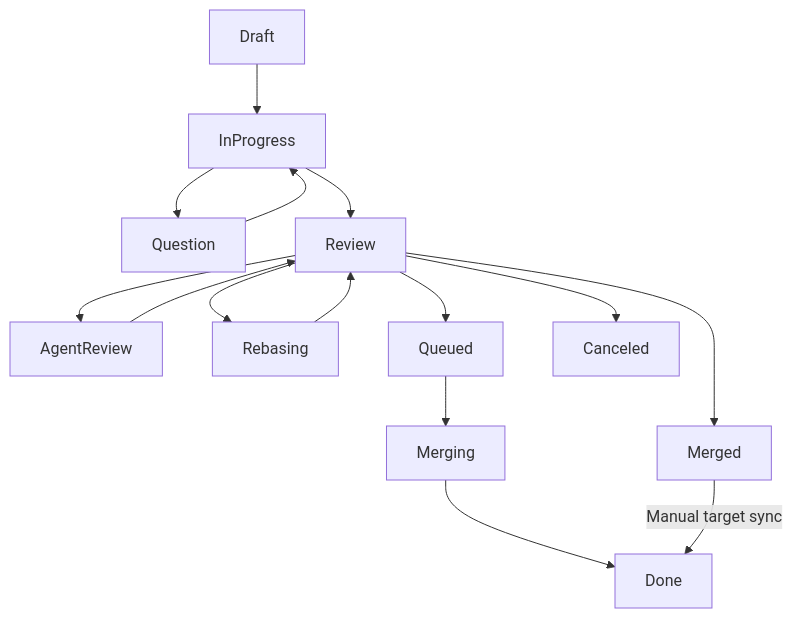
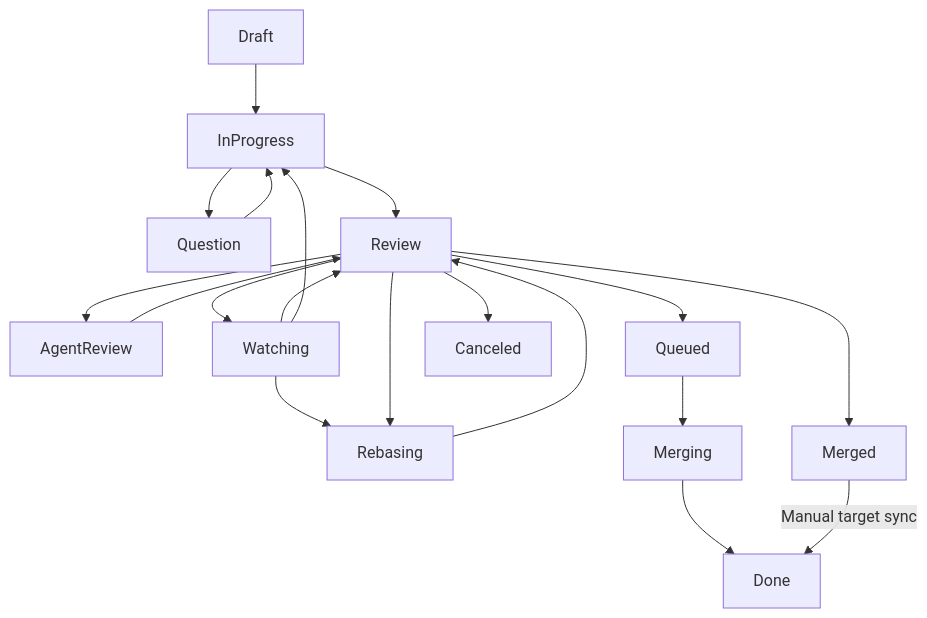
One commit to agentty-xyz/agentty changed the diagram in docs/site/content/docs/usage/workflow.md. Above: the diagram before and after it, drawn with Mermaid. The commit also changed other lines of this file and 91 other files, not shown here.

Commit message:
Add Watching status for automatic review request follow-up (#1057)

````diff
--- a/docs/site/content/docs/usage/workflow.md
+++ b/docs/site/content/docs/usage/workflow.md
@@ -242,17 +243,21 @@
 ```mermaid
 flowchart TD
   Draft --> InProgress
   InProgress --> Question
   Question --> InProgress
   InProgress --> Review
   Review --> AgentReview
   AgentReview --> Review
+  Review --> Watching
+  Watching --> Review
+  Watching --> InProgress
+  Watching --> Rebasing
   Review --> Rebasing
   Rebasing --> Review
   Review --> Queued
   Queued --> Merging
   Merging --> Done
   Review --> Merged
   Merged -->|Manual target sync| Done
   Review --> Canceled
 ```
````
